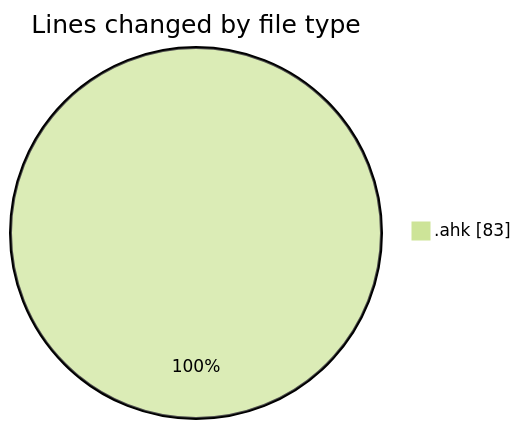
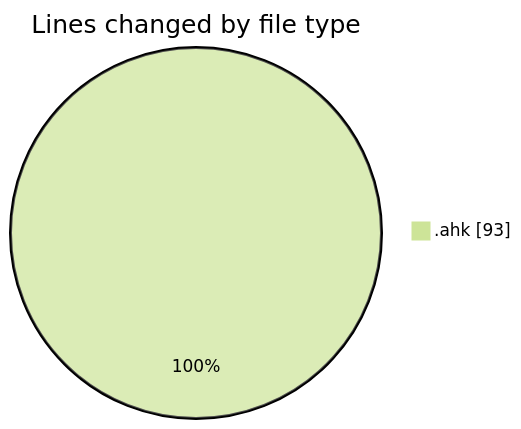
The first of 2 diagrams in 2025-01-26/desktop/README.md (Ritupan-Deka/code-tracking), drawn with Mermaid (forest theme) before and after one commit. The commit also changed other lines of this file and 1 other file, not shown here.

````diff
--- a/2025-01-26/desktop/README.md
+++ b/2025-01-26/desktop/README.md
@@ -20,5 +20,5 @@
 ```mermaid
 pie showData
 title Lines changed by file type
-".ahk" : 83
+".ahk" : 93
 ```
````
